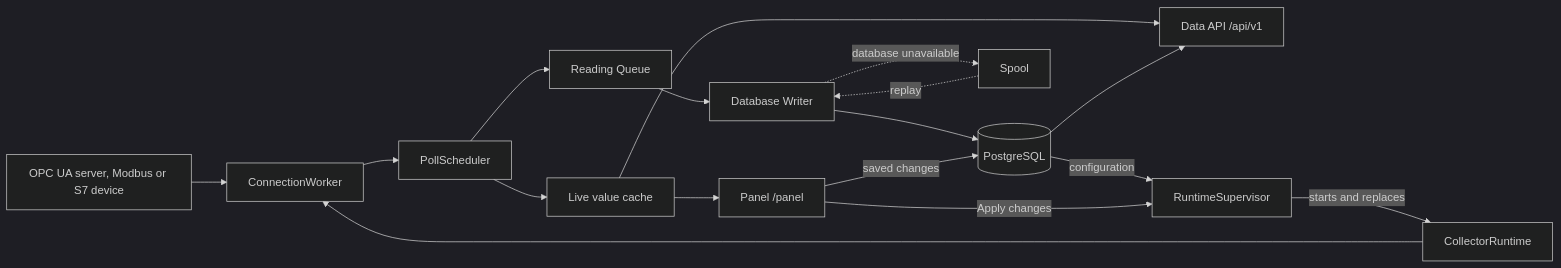
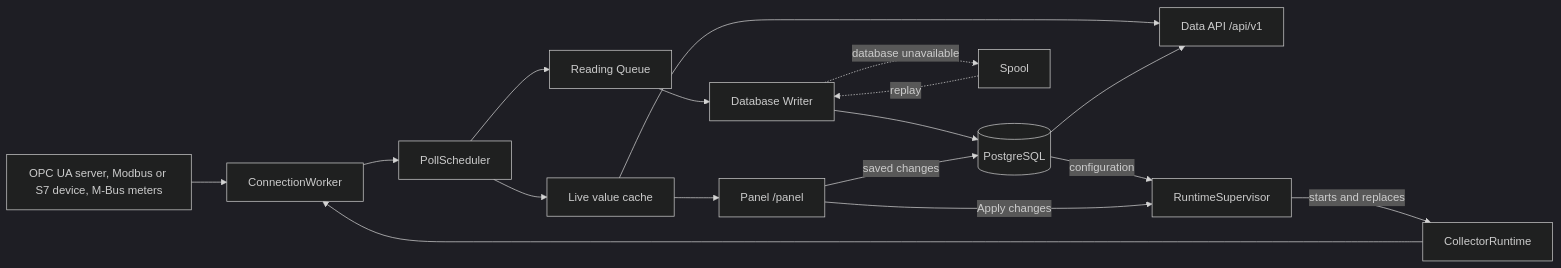
The diagram in README.md (Mateusz1256/plc-data-collector), drawn with Mermaid (dark theme) before and after one commit. The commit also changed other lines of this file and 12 other files, not shown here.

````diff
--- a/README.md
+++ b/README.md
@@ -45,19 +46,19 @@
 ```mermaid
 flowchart LR
-    PLC[OPC UA server, Modbus or S7 device] --> W[ConnectionWorker]
+    PLC[OPC UA server, Modbus or S7 device, M-Bus meters] --> W[ConnectionWorker]
     W --> S[PollScheduler]
     S --> Q[Reading Queue]
     Q --> D[Database Writer]
     D --> P[(PostgreSQL)]
     D -. database unavailable .-> SP[Spool]
     SP -. replay .-> D
     S --> L[Live value cache]
     L --> UI[Panel /panel]
     L --> API[Data API /api/v1]
     P --> API
     P -- configuration --> SUP[RuntimeSupervisor]
     UI -- saved changes --> P
     UI -- Apply changes --> SUP
     SUP -- starts and replaces --> R[CollectorRuntime]
     R --> W
 ```
````
